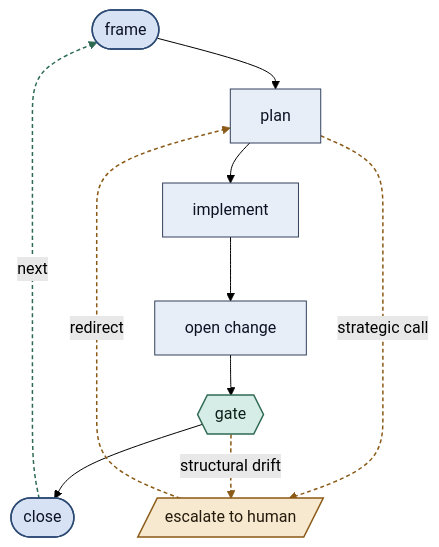
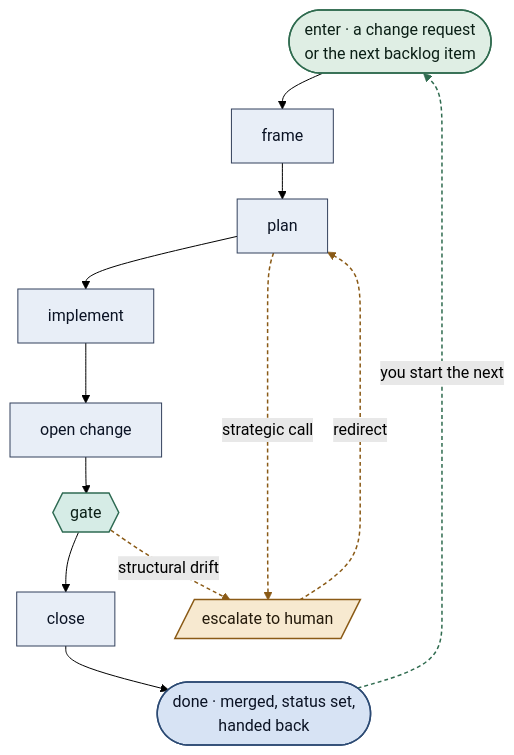
Before and after one commit to innovestrum/keelson: the first of 5 diagrams in README.md, drawn with Mermaid (forest theme). The commit also changed other lines of this file, not shown here.

First line of the commit message:
docs(readme): add 3 diagrams + give the loop an entry/exit

````diff
--- a/README.md
+++ b/README.md
@@ -9,19 +9,23 @@
 ```mermaid
-%%{init: {"flowchart": {"diagramPadding": 22, "nodeSpacing": 42, "rankSpacing": 40}}}%%
+%%{init: {"flowchart": {"diagramPadding": 22, "nodeSpacing": 40, "rankSpacing": 36}}}%%
 flowchart TD
-  F([frame]) --> P[plan] --> I[implement] --> O[open change] --> G{{gate}} --> C([close])
-  C -. next .-> F
+  S([enter · a change request<br/>or the next backlog item]) --> F
+  F[frame] --> P[plan] --> I[implement] --> O[open change] --> G{{gate}} --> C[close]
+  C --> D([done · merged, status set,<br/>handed back])
+  D -. you start the next .-> S
   P -. strategic call .-> H[/escalate to human/]
   G -. structural drift .-> H
   H -. redirect .-> P
   classDef step fill:#e8eef7,stroke:#33415c,color:#0b1324,stroke-width:1px;
-  classDef terminal fill:#d7e3f4,stroke:#2c4a73,color:#0b1324,stroke-width:1.5px;
+  classDef enter fill:#dfeee4,stroke:#2f6b4f,color:#0b1f16,stroke-width:1.5px;
+  classDef done fill:#d7e3f4,stroke:#2c4a73,color:#0b1324,stroke-width:1.5px;
   classDef gate fill:#d6ece6,stroke:#2f6b53,color:#0b1f16,stroke-width:1.5px;
   classDef human fill:#f7e9d0,stroke:#8a5a16,color:#241a0b,stroke-width:1.5px;
-  class P,I,O step;
-  class F,C terminal;
+  class F,P,I,O,C step;
+  class S enter;
+  class D done;
   class G gate;
   class H human;
-  linkStyle 5 stroke:#2f6b53,stroke-width:1.5px,stroke-dasharray:4 3;
-  linkStyle 6,7,8 stroke:#8a5a16,stroke-width:1.5px,stroke-dasharray:4 3;
+  linkStyle 7 stroke:#2f6b4f,stroke-width:1.5px,stroke-dasharray:4 3;
+  linkStyle 8,9,10 stroke:#8a5a16,stroke-width:1.5px,stroke-dasharray:4 3;
 ```
````
